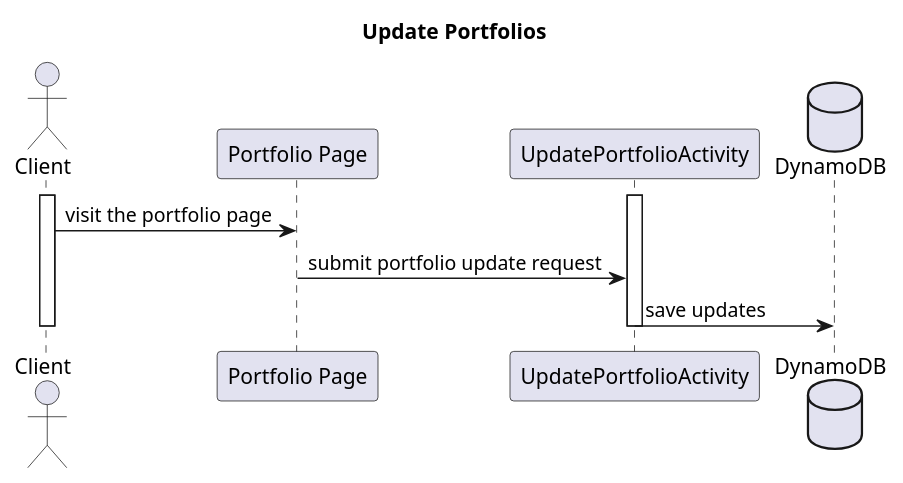
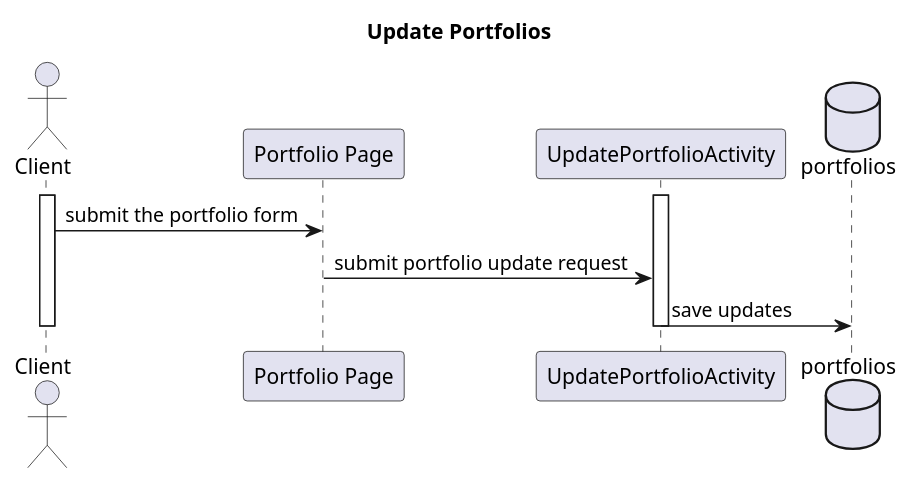
The diagram in resources/UpdatePortfolio_SD.puml (BloomTechBackend/bd-team-project-crypto-wizards), drawn with PlantUML before and after one commit. The commit also changed 22 other files, not shown here.

Commit message:
Updated the sequence Diagrams with suggestions from Shannon

```diff
--- a/resources/UpdatePortfolio_SD.puml
+++ b/resources/UpdatePortfolio_SD.puml
@@ -1,15 +1,15 @@
 @startuml
 title Update Portfolios
 actor Client
 
 participant "Portfolio Page" as portfolioPage
 activate Client
 activate UpdatePortfolioActivity
-database DynamoDB
+database portfolios
 
-Client -> portfolioPage : visit the portfolio page
+Client -> portfolioPage : submit the portfolio form
 portfolioPage -> UpdatePortfolioActivity :  submit portfolio update request
-UpdatePortfolioActivity -> DynamoDB : save updates
+UpdatePortfolioActivity -> portfolios : save updates
 deactivate Client
 deactivate UpdatePortfolioActivity
 @enduml
```
